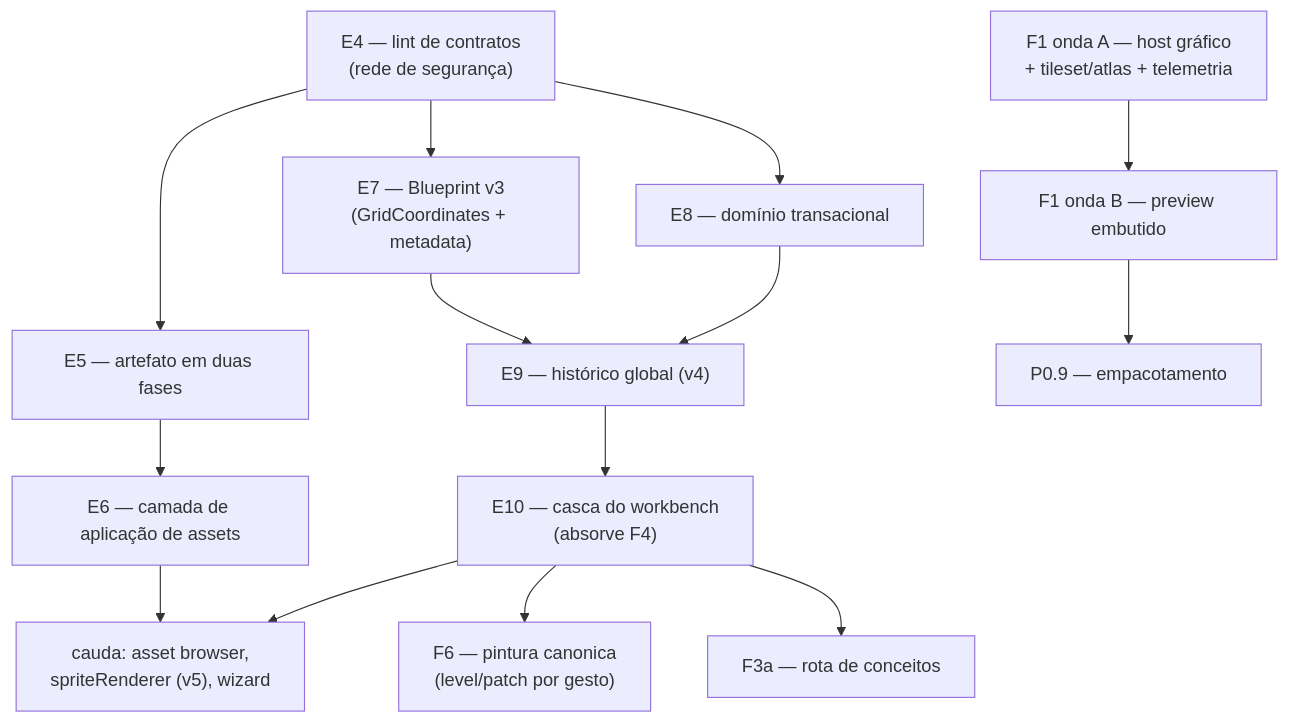
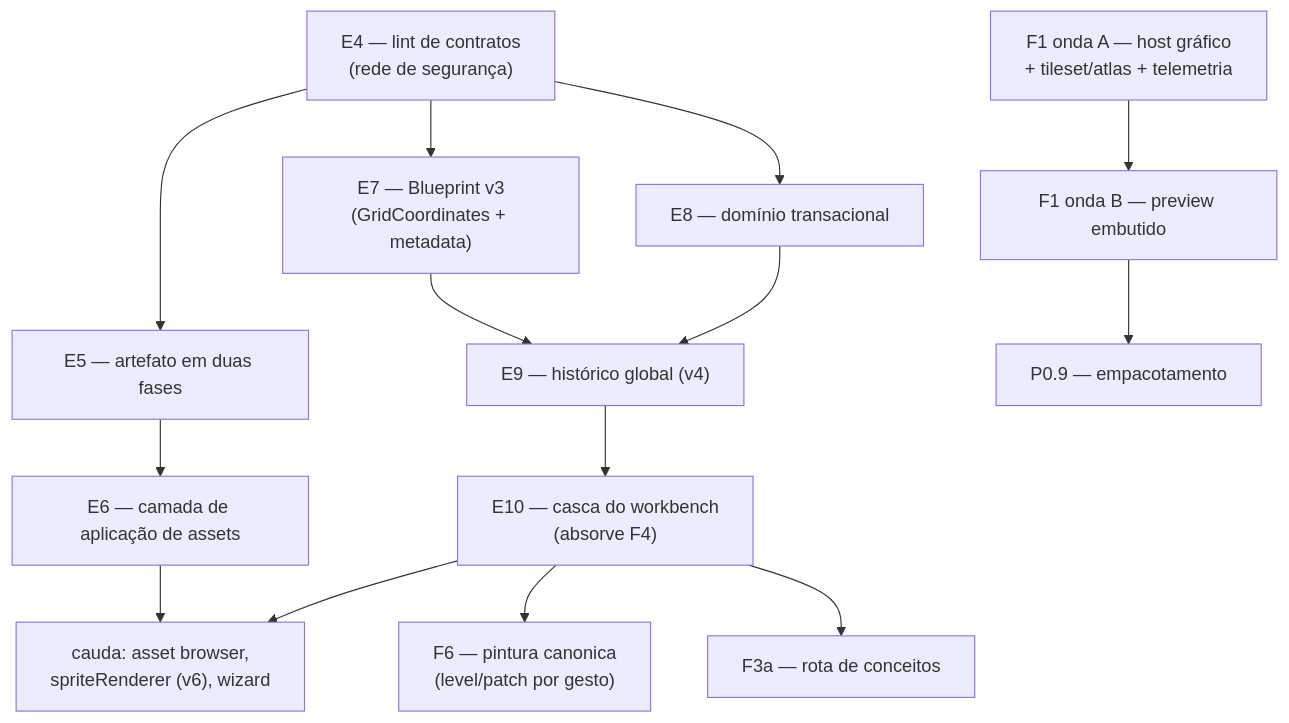
One commit to flaviotinococoutinho/Gridsmith changed the diagram in docs/DEVELOPMENT-PLAN.md. Above: the diagram before and after it, drawn with Mermaid. The commit also changed other lines of this file and 15 other files, not shown here.

````diff
--- a/docs/DEVELOPMENT-PLAN.md
+++ b/docs/DEVELOPMENT-PLAN.md
@@ -257,16 +257,16 @@
 ```mermaid
 flowchart TD
   E4["E4 — lint de contratos<br/>(rede de segurança)"] --> E5["E5 — artefato em duas fases"]
   E4 --> E7["E7 — Blueprint v3<br/>(GridCoordinates + metadata)"]
   E4 --> E8["E8 — domínio transacional"]
   E5 --> E6["E6 — camada de aplicação de assets"]
   E7 --> E9["E9 — histórico global (v4)"]
   E8 --> E9
   E9 --> E10["E10 — casca do workbench<br/>(absorve F4)"]
   E10 --> F6["F6 — pintura canonica<br/>(level/patch por gesto)"]
   E10 --> F3a["F3a — rota de conceitos"]
-  E6 --> CAUDA["cauda: asset browser,<br/>spriteRenderer (v5), wizard"]
+  E6 --> CAUDA["cauda: asset browser,<br/>spriteRenderer (v6), wizard"]
   E10 --> CAUDA
   F1A["F1 onda A — host gráfico<br/>+ tileset/atlas + telemetria"] --> F1B["F1 onda B — preview embutido"]
   F1B --> P09["P0.9 — empacotamento"]
 ```
````
